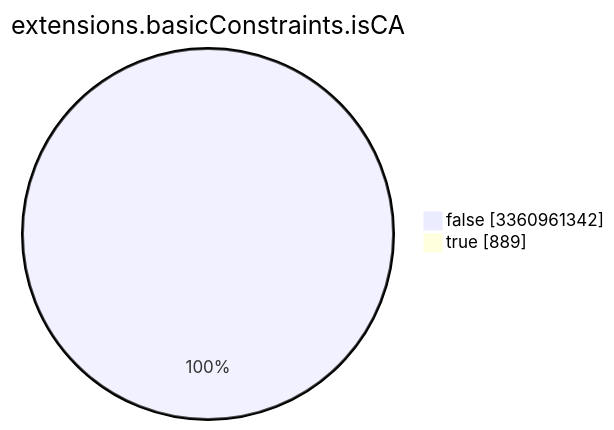
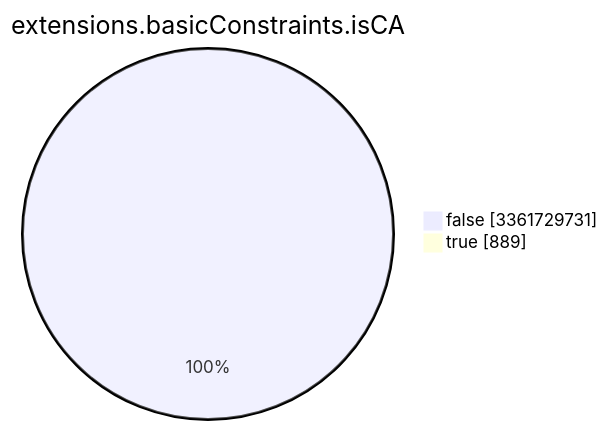
One commit to christiankrug/ctmonitor_visualization changed the seventh of 15 diagrams in TOTAL/README.md. Above: the diagram before and after it, drawn with Mermaid. The commit also changed other lines of this file, not shown here.

````diff
--- a/TOTAL/README.md
+++ b/TOTAL/README.md
@@ -3090,6 +3090,6 @@
 ```mermaid
 pie showData
 title extensions.basicConstraints.isCA
-"false" :3360961342
+"false" :3361729731
 "true" :889
 ```
````
